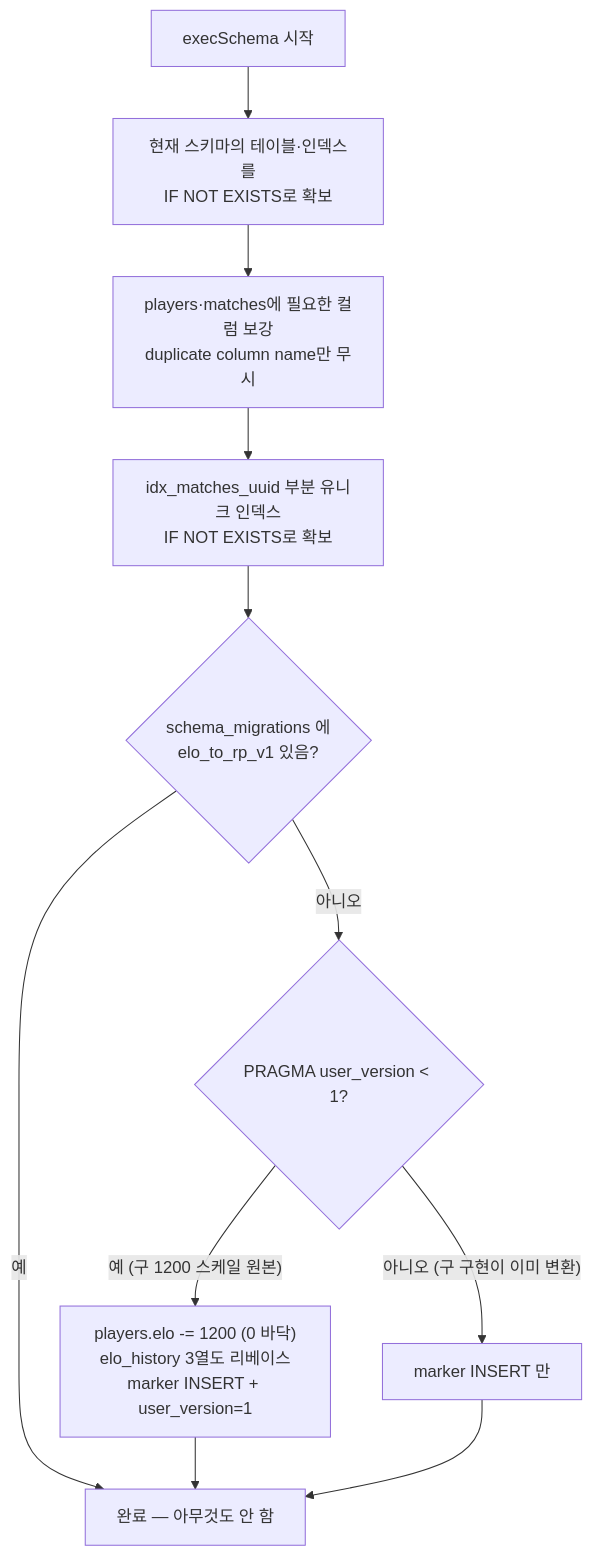
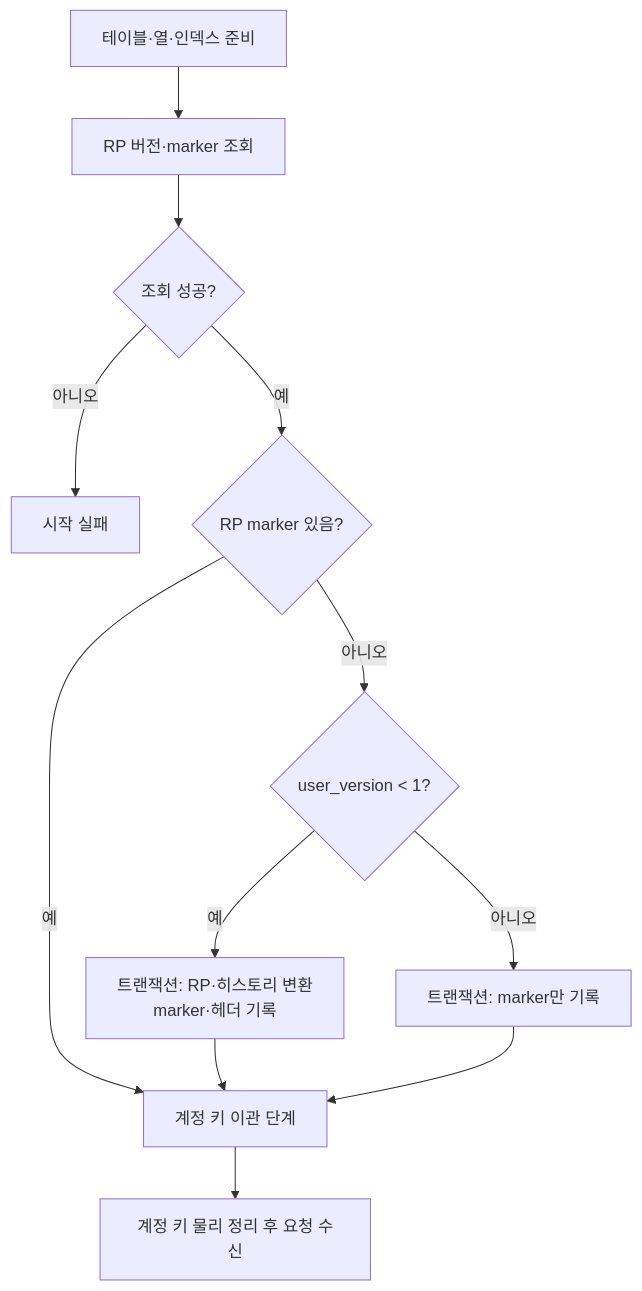
The second of 6 diagrams in docs/blog/part10-meta-and-ranking.md (Rein-ArXiv/Tetris-Multiplayer-RL), drawn with Mermaid before and after one commit. The commit also changed other lines of this file and 51035 other files, not shown here.

````diff
--- a/docs/blog/part10-meta-and-ranking.md
+++ b/docs/blog/part10-meta-and-ranking.md
@@ -514,13 +542,14 @@
 ```mermaid
 flowchart TD
-    A[execSchema 시작] --> B["현재 스키마의 테이블·인덱스를<br/>IF NOT EXISTS로 확보"]
-    B --> C["players·matches에 필요한 컬럼 보강<br/>duplicate column name만 무시"]
-    C --> C2["idx_matches_uuid 부분 유니크 인덱스<br/>IF NOT EXISTS로 확보"]
-    C2 --> D{"schema_migrations 에<br/>elo_to_rp_v1 있음?"}
-    D -- 예 --> Z[완료 — 아무것도 안 함]
-    D -- 아니오 --> E{"PRAGMA user_version < 1?"}
-    E -- "예 (구 1200 스케일 원본)" --> F["players.elo -= 1200 (0 바닥)<br/>elo_history 3열도 리베이스<br/>marker INSERT + user_version=1"]
-    E -- "아니오 (구 구현이 이미 변환)" --> G["marker INSERT 만"]
-    F --> Z
-    G --> Z
+    A["테이블·열·인덱스 준비"] --> B["RP 버전·marker 조회"]
+    B --> C{"조회 성공?"}
+    C -- 아니오 --> X["시작 실패"]
+    C -- 예 --> D{"RP marker 있음?"}
+    D -- 예 --> H["계정 키 이관 단계"]
+    D -- 아니오 --> E{"user_version < 1?"}
+    E -- 예 --> F["트랜잭션: RP·히스토리 변환<br/>marker·헤더 기록"]
+    E -- 아니오 --> G["트랜잭션: marker만 기록"]
+    F --> H
+    G --> H
+    H --> I["계정 키 물리 정리 후 요청 수신"]
 ```
````
